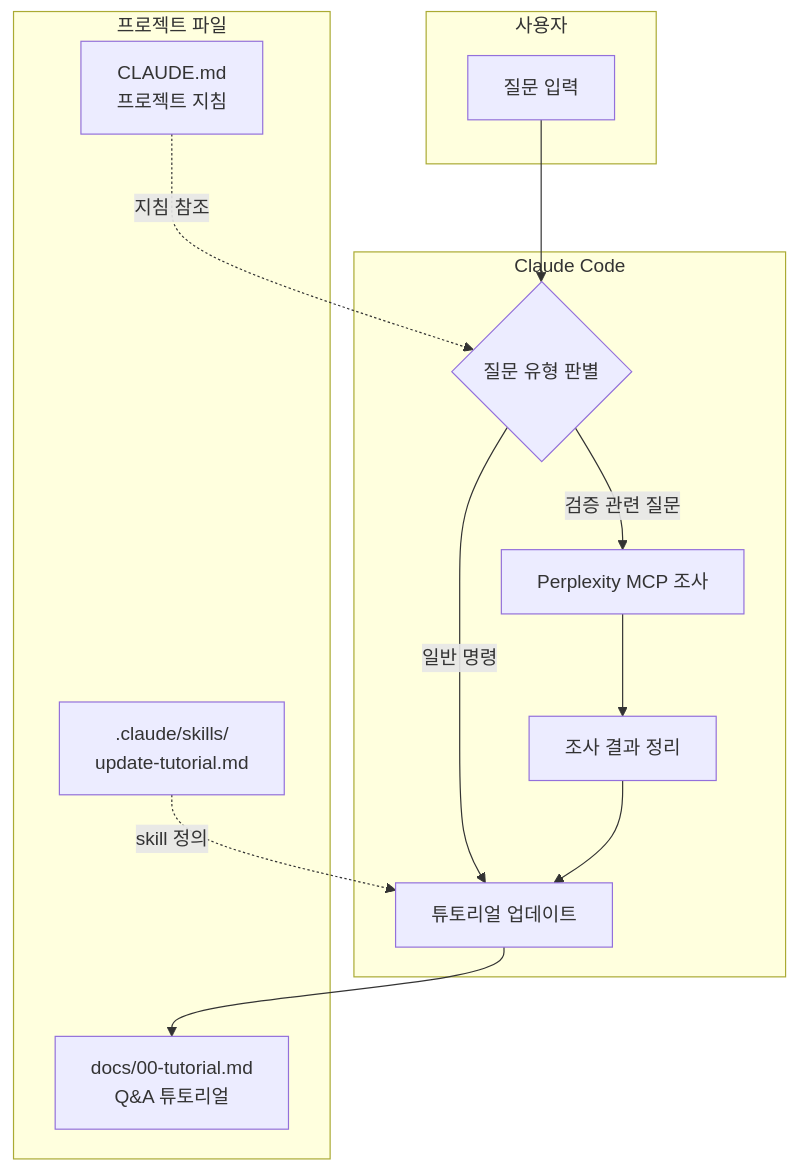
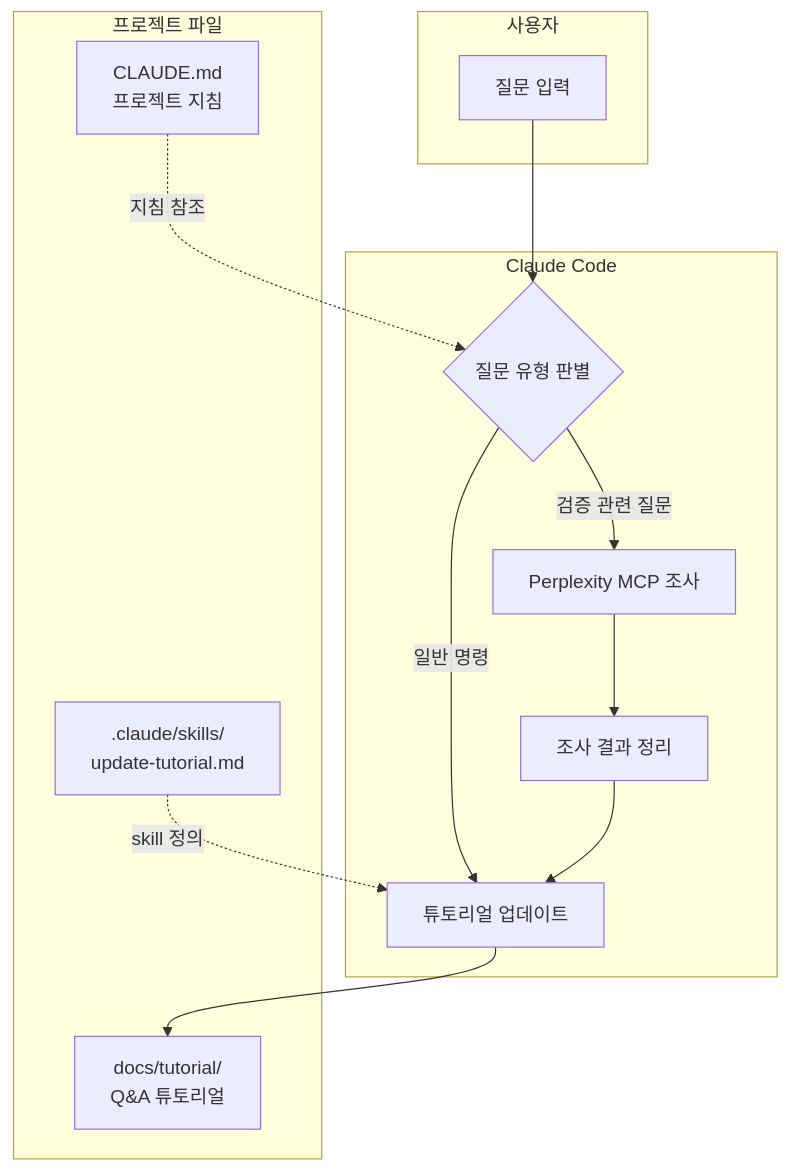
Before and after one commit to serithemage/korea-ai-foundation-model-verification: the diagram in README.md, drawn with Mermaid. The commit also changed other lines of this file, not shown here.

First line of the commit message:
docs: README.md 튜토리얼 링크를 새 구조로 업데이트

````diff
--- a/README.md
+++ b/README.md
@@ -395,28 +395,28 @@
 ```mermaid
 flowchart TB
     subgraph User["사용자"]
         Q[질문 입력]
     end
 
     subgraph Claude["Claude Code"]
         A{질문 유형 판별}
         P[Perplexity MCP 조사]
         R[조사 결과 정리]
         U[튜토리얼 업데이트]
     end
 
     subgraph Files["프로젝트 파일"]
-        TUTORIAL[docs/00-tutorial.md<br/>Q&A 튜토리얼]
+        TUTORIAL[docs/tutorial/<br/>Q&A 튜토리얼]
         CLAUDE[CLAUDE.md<br/>프로젝트 지침]
         SKILL[.claude/skills/<br/>update-tutorial.md]
     end
 
     Q --> A
     A -->|검증 관련 질문| P
     A -->|일반 명령| U
     P --> R
     R --> U
     U --> TUTORIAL
     CLAUDE -.->|지침 참조| A
     SKILL -.->|skill 정의| U
 ```
````
